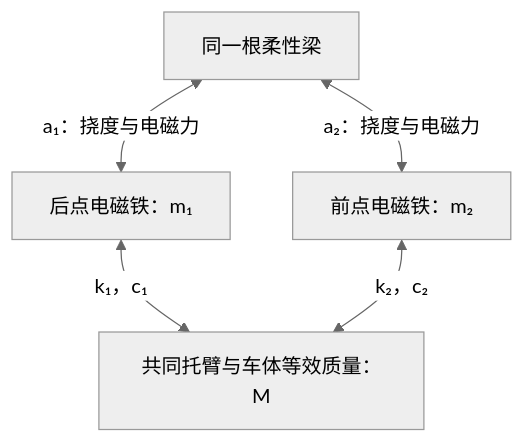
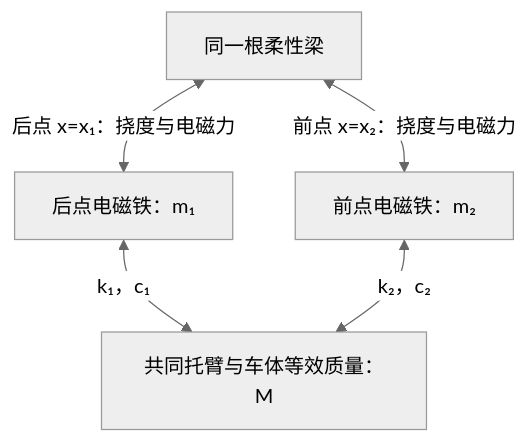
Before and after one commit to Sailero/MaglevCoupledDynamics: the diagram in docs/dynamic_model.md, drawn with Mermaid (neutral theme). The commit also changed other lines of this file and 5 other files, not shown here.

````diff
--- a/docs/dynamic_model.md
+++ b/docs/dynamic_model.md
@@ -7,11 +11,11 @@
 ```mermaid
 flowchart TB
   B["同一根柔性梁"]
   M1["后点电磁铁：m₁"]
   M2["前点电磁铁：m₂"]
   C["共同托臂与车体等效质量：M"]
-  B <-->|"a₁：挠度与电磁力"| M1
-  B <-->|"a₂：挠度与电磁力"| M2
+  B <-->|"后点 x=x₁：挠度与电磁力"| M1
+  B <-->|"前点 x=x₂：挠度与电磁力"| M2
   M1 <-->|"k₁，c₁"| C
   M2 <-->|"k₂，c₂"| C
 ```
````
